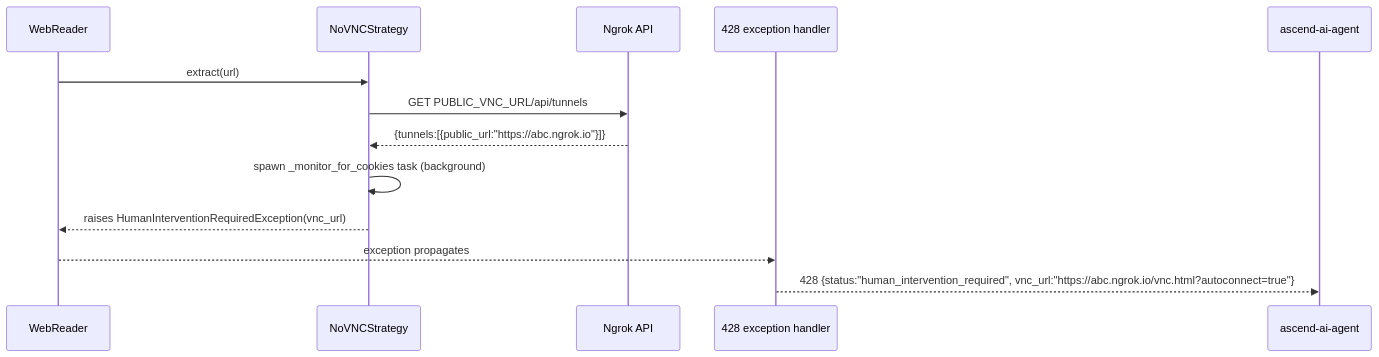
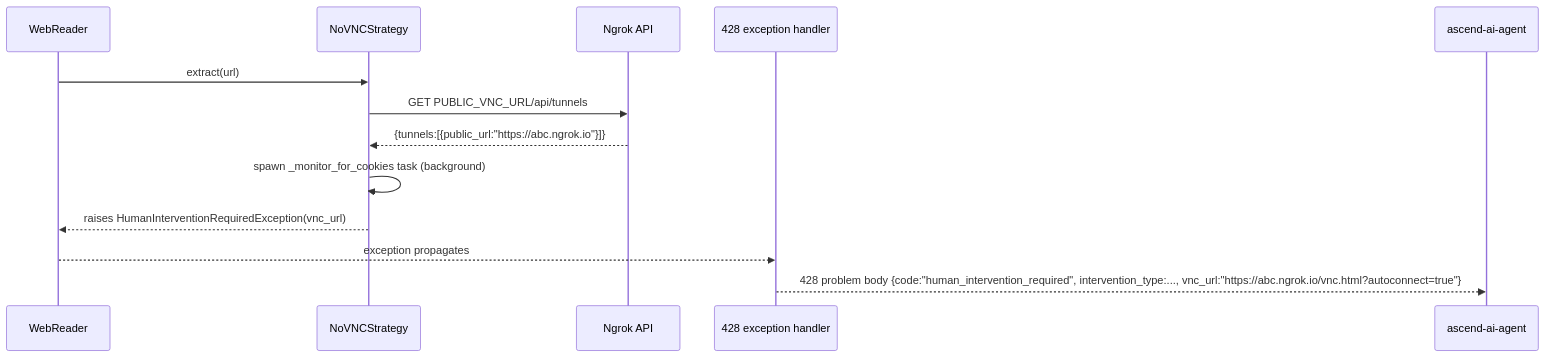
Before and after one commit to Lukk17/AscendAI: the fifth of 6 diagrams in apps/ascend-web-hunter/docs/architecture/arc42/06-runtime-view.md, drawn with Mermaid. The commit also changed other lines of this file and 131 other files, not shown here.

````diff
--- a/apps/ascend-web-hunter/docs/architecture/arc42/06-runtime-view.md
+++ b/apps/ascend-web-hunter/docs/architecture/arc42/06-runtime-view.md
@@ -113,16 +113,16 @@
 ```mermaid
 sequenceDiagram
     participant WR as WebReader
     participant NoVNC as NoVNCStrategy
     participant Ngrok as Ngrok API
     participant Handler as 428 exception handler
     participant Agent as ascend-ai-agent
 
     WR->>NoVNC: extract(url)
     NoVNC->>Ngrok: GET PUBLIC_VNC_URL/api/tunnels
     Ngrok-->>NoVNC: {tunnels:[{public_url:"https://abc.ngrok.io"}]}
     NoVNC->>NoVNC: spawn _monitor_for_cookies task (background)
     NoVNC-->>WR: raises HumanInterventionRequiredException(vnc_url)
     WR-->>Handler: exception propagates
-    Handler-->>Agent: 428 {status:"human_intervention_required", vnc_url:"https://abc.ngrok.io/vnc.html?autoconnect=true"}
+    Handler-->>Agent: 428 problem body {code:"human_intervention_required", intervention_type:..., vnc_url:"https://abc.ngrok.io/vnc.html?autoconnect=true"}
 ```
````
